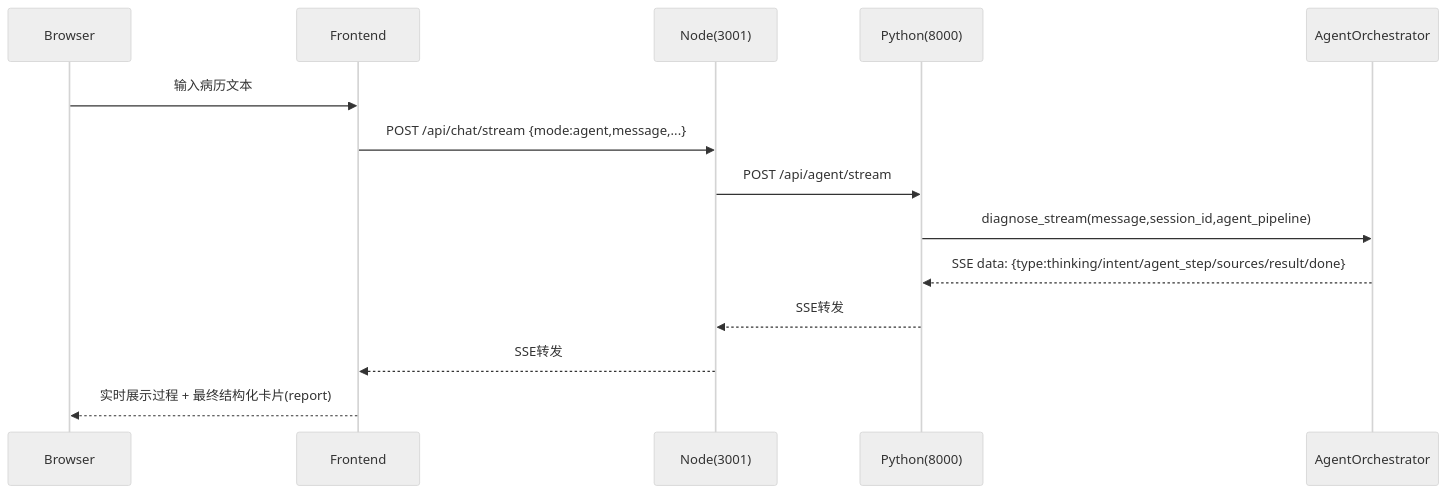
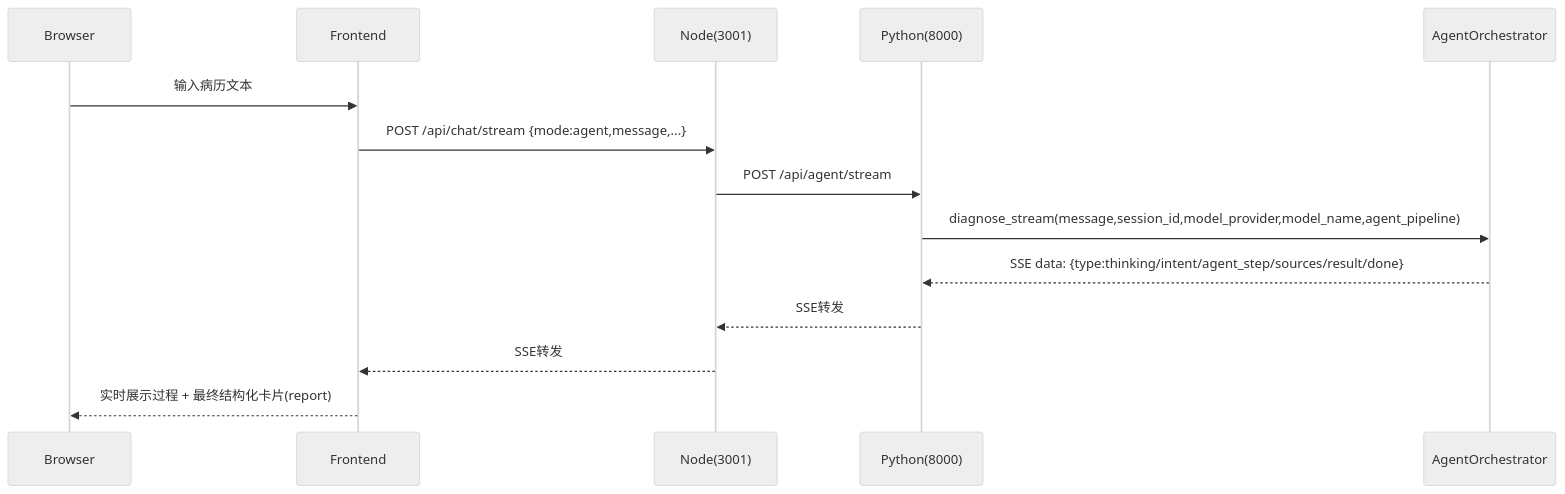
Before and after one commit to ShukuangYao/medical-ai: the third of 6 diagrams in README.md, drawn with Mermaid (neutral theme). The commit also changed other lines of this file and 30 other files, not shown here.

````diff
--- a/README.md
+++ b/README.md
@@ -209,17 +211,17 @@
 ```mermaid
 sequenceDiagram
   participant B as Browser
   participant F as Frontend
   participant N as Node(3001)
   participant P as Python(8000)
   participant A as AgentOrchestrator
 
   B->>F: 输入病历文本
   F->>N: POST /api/chat/stream {mode:agent,message,...}
   N->>P: POST /api/agent/stream
-  P->>A: diagnose_stream(message,session_id,agent_pipeline)
+  P->>A: diagnose_stream(message,session_id,model_provider,model_name,agent_pipeline)
   A-->>P: SSE data: {type:thinking/intent/agent_step/sources/result/done}
   P-->>N: SSE转发
   N-->>F: SSE转发
   F-->>B: 实时展示过程 + 最终结构化卡片(report)
 ```
````
